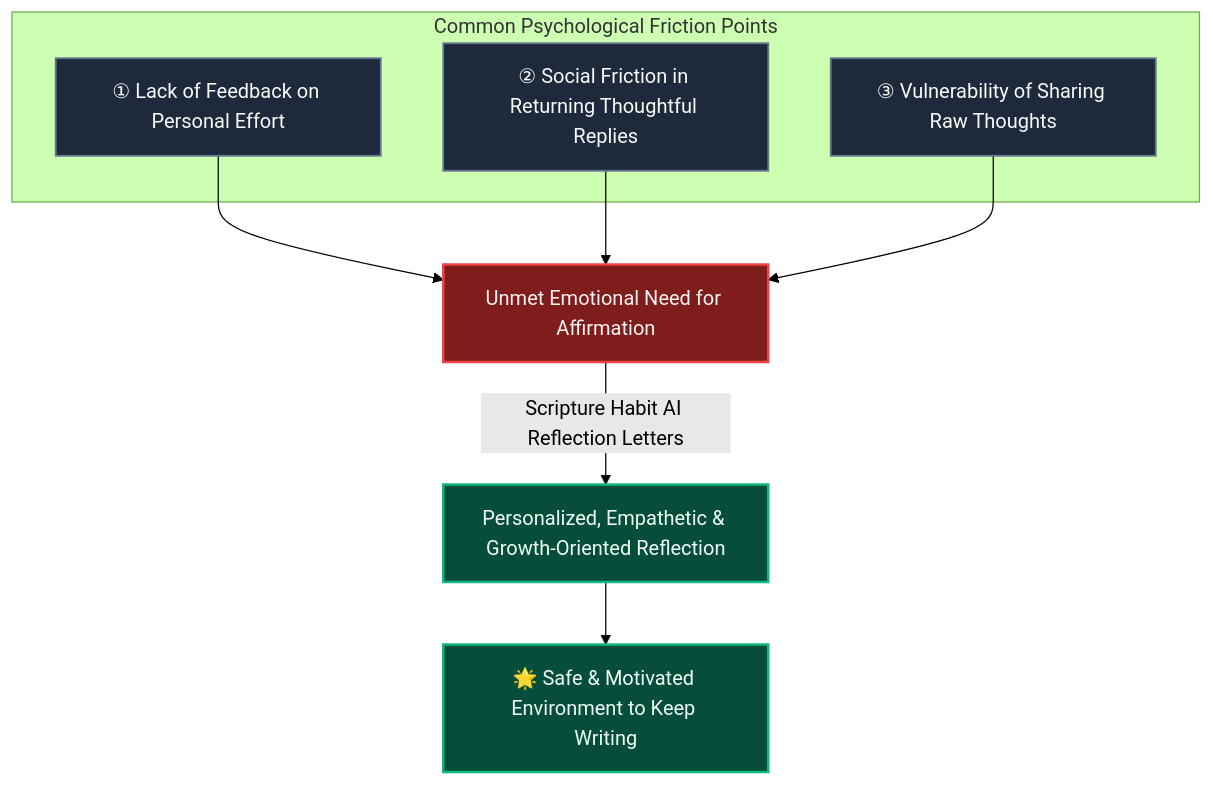
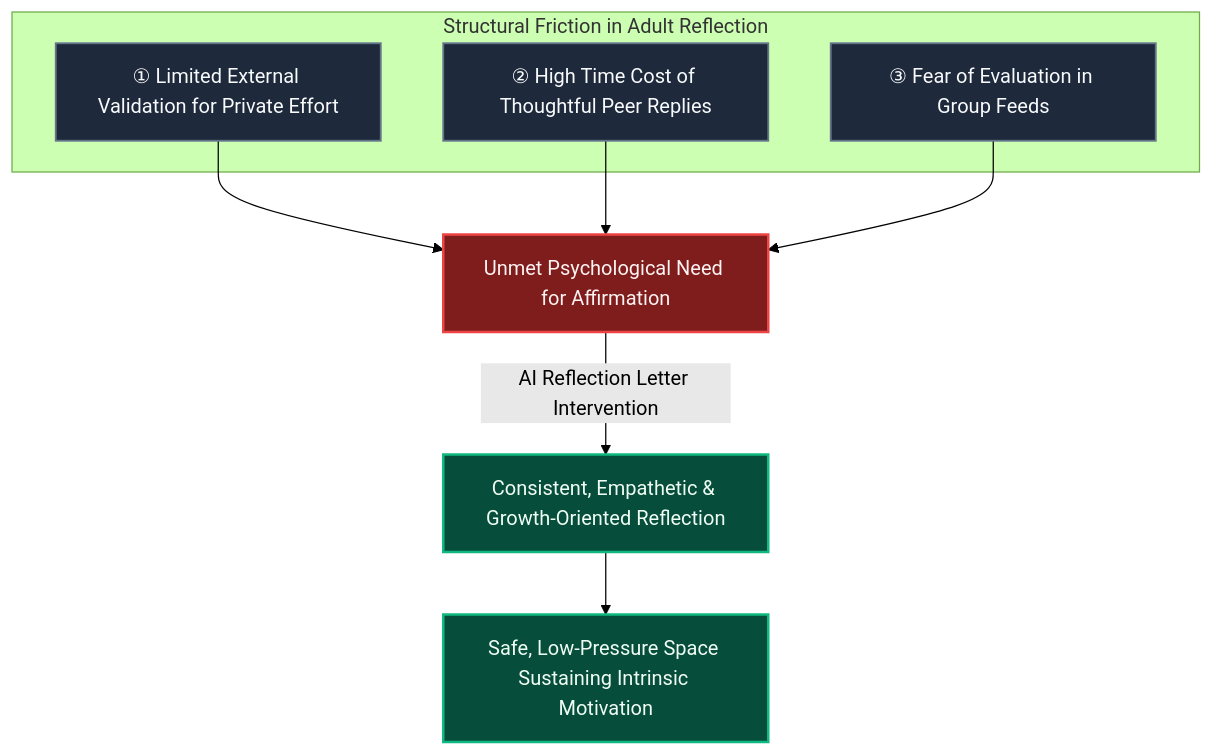
One commit to ScriptureHabit/scripture-habit changed the diagram in docs/ux-ai-reflection-letters.md. Above: the diagram before and after it, drawn with Mermaid (forest theme). The commit also changed other lines of this file and 57 other files, not shown here.

Commit message:
docs: refine documentation prose and add structured diagram breakdowns across JA and EN

````diff
--- a/docs/ux-ai-reflection-letters.md
+++ b/docs/ux-ai-reflection-letters.md
@@ -29,19 +21,19 @@
 ```mermaid
 flowchart TD
     classDef default fill:#1e293b,stroke:#64748b,stroke-width:1.5px,color:#f8fafc;
     classDef issue fill:#7f1d1d,stroke:#ef4444,stroke-width:2px,color:#fef2f2;
     classDef good fill:#064e3b,stroke:#10b981,stroke-width:2px,color:#f0fdf4;
 
-    subgraph SG_Gap["Common Psychological Friction Points"]
-        A["① Lack of Feedback on Personal Effort"]:::default
-        B["② Social Friction in Returning Thoughtful Replies"]:::default
-        C["③ Vulnerability of Sharing Raw Thoughts"]:::default
+    subgraph SG_Gap["Structural Friction in Adult Reflection"]
+        A["① Limited External Validation for Private Effort"]:::default
+        B["② High Time Cost of Thoughtful Peer Replies"]:::default
+        C["③ Fear of Evaluation in Group Feeds"]:::default
     end
 
-    A --> D["Unmet Emotional Need for Affirmation"]:::issue
+    A --> D["Unmet Psychological Need for Affirmation"]:::issue
     B --> D
     C --> D
 
-    D -->|"Scripture Habit AI Reflection Letters"| E["Personalized, Empathetic & Growth-Oriented Reflection"]:::good
-    E --> F["🌟 Safe & Motivated Environment to Keep Writing"]:::good
+    D -->|"AI Reflection Letter Intervention"| E["Consistent, Empathetic & Growth-Oriented Reflection"]:::good
+    E --> F["Safe, Low-Pressure Space Sustaining Intrinsic Motivation"]:::good
 ```
````
